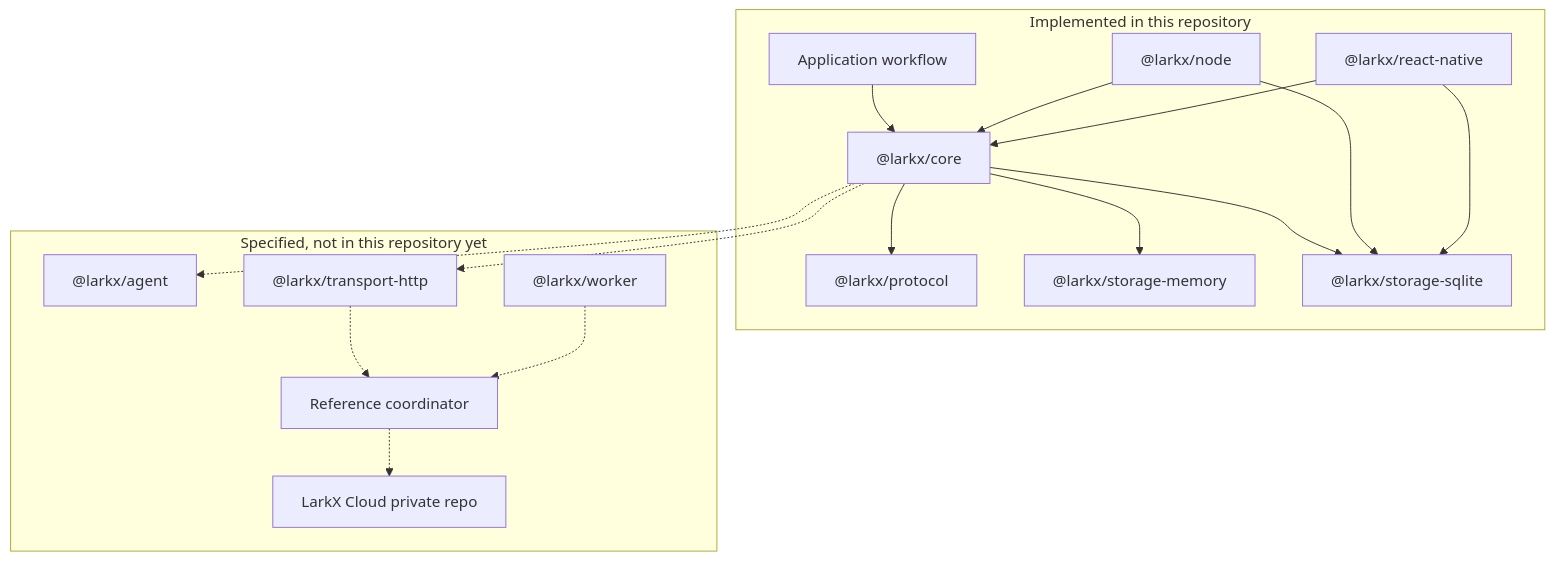
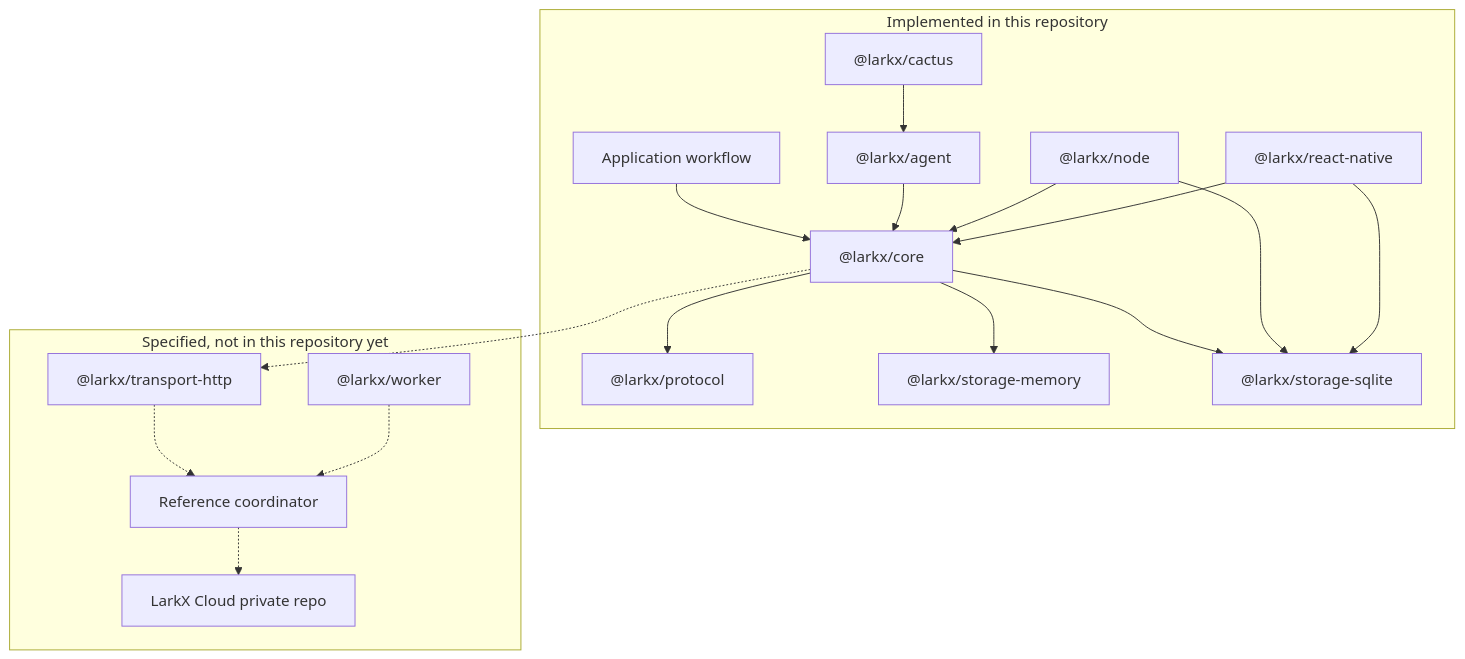
Before and after one commit to larkxai/larkx: the diagram in README.md, drawn with Mermaid. The commit also changed other lines of this file and 51 other files, not shown here.

````diff
--- a/README.md
+++ b/README.md
@@ -148,34 +139,36 @@
 ```mermaid
 flowchart TB
   subgraph implemented [Implemented in this repository]
     app[Application workflow]
     core["@larkx/core"]
     protocol["@larkx/protocol"]
     memory["@larkx/storage-memory"]
     sqlite["@larkx/storage-sqlite"]
     node["@larkx/node"]
     rn["@larkx/react-native"]
+    agent["@larkx/agent"]
+    cactus["@larkx/cactus"]
     app --> core
+    agent --> core
     core --> protocol
     core --> memory
     core --> sqlite
     node --> sqlite
     node --> core
     rn --> sqlite
     rn --> core
+    cactus --> agent
   end
 
   subgraph later [Specified, not in this repository yet]
-    agent["@larkx/agent"]
     transport["@larkx/transport-http"]
     worker["@larkx/worker"]
     coordinator[Reference coordinator]
     cloud[LarkX Cloud private repo]
   end
 
-  core -.-> agent
   core -.-> transport
   transport -.-> coordinator
   worker -.-> coordinator
   coordinator -.-> cloud
 ```
````
